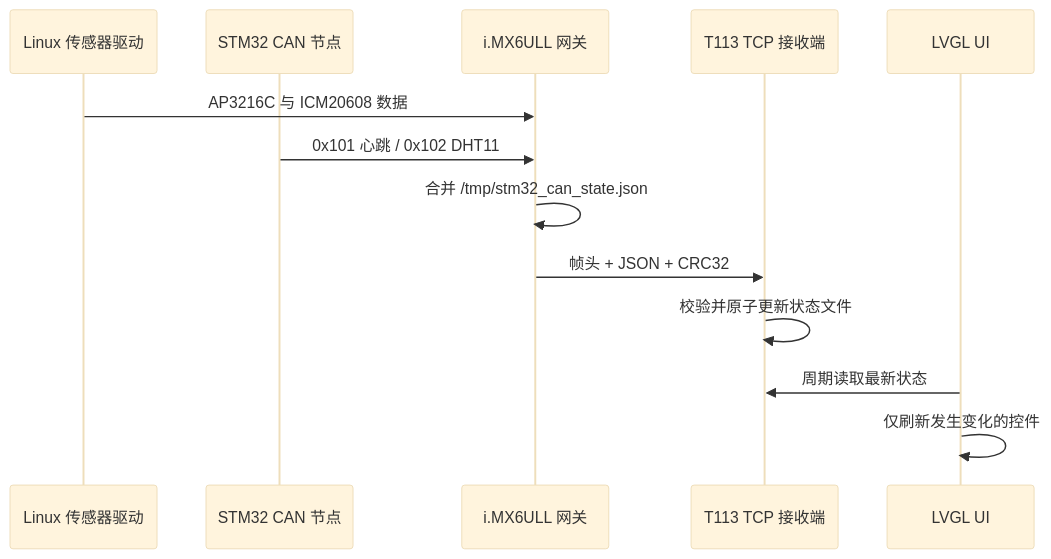
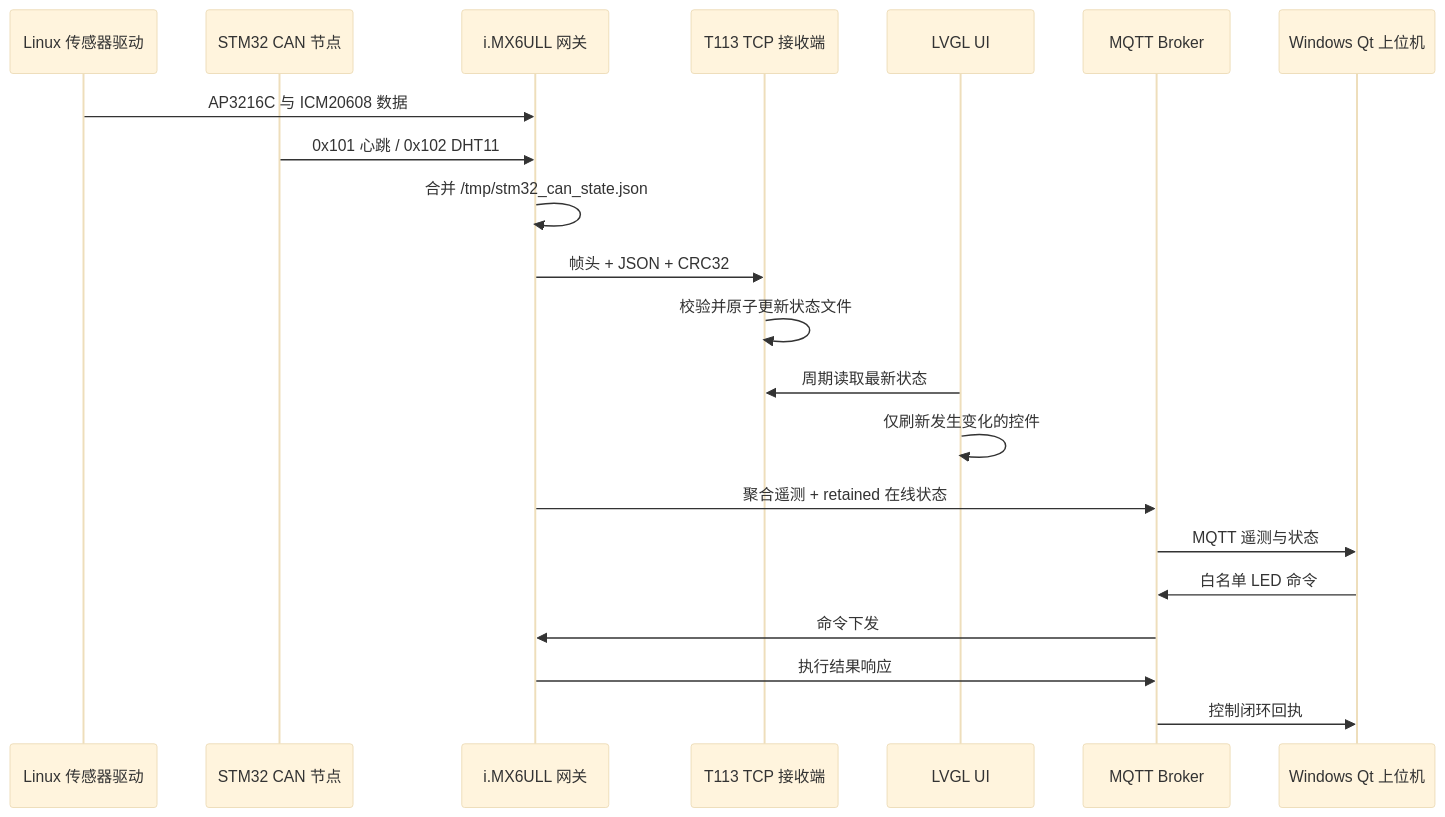
One commit to Maaap1e/imx6ull-t113-distributed-iot-gateway changed the diagram in README.md. Above: the diagram before and after it, drawn with Mermaid (base theme). The commit also changed other lines of this file and 5 other files, not shown here.

````diff
--- a/README.md
+++ b/README.md
@@ -84,16 +82,24 @@
 ```mermaid
 sequenceDiagram
     participant S as Linux 传感器驱动
     participant C as STM32 CAN 节点
     participant G as i.MX6ULL 网关
     participant R as T113 TCP 接收端
     participant U as LVGL UI
+    participant B as MQTT Broker
+    participant P as Windows Qt 上位机
 
     S->>G: AP3216C 与 ICM20608 数据
     C->>G: 0x101 心跳 / 0x102 DHT11
     G->>G: 合并 /tmp/stm32_can_state.json
     G->>R: 帧头 + JSON + CRC32
     R->>R: 校验并原子更新状态文件
     U->>R: 周期读取最新状态
     U->>U: 仅刷新发生变化的控件
+    G->>B: 聚合遥测 + retained 在线状态
+    B->>P: MQTT 遥测与状态
+    P->>B: 白名单 LED 命令
+    B->>G: 命令下发
+    G->>B: 执行结果响应
+    B->>P: 控制闭环回执
 ```
````
